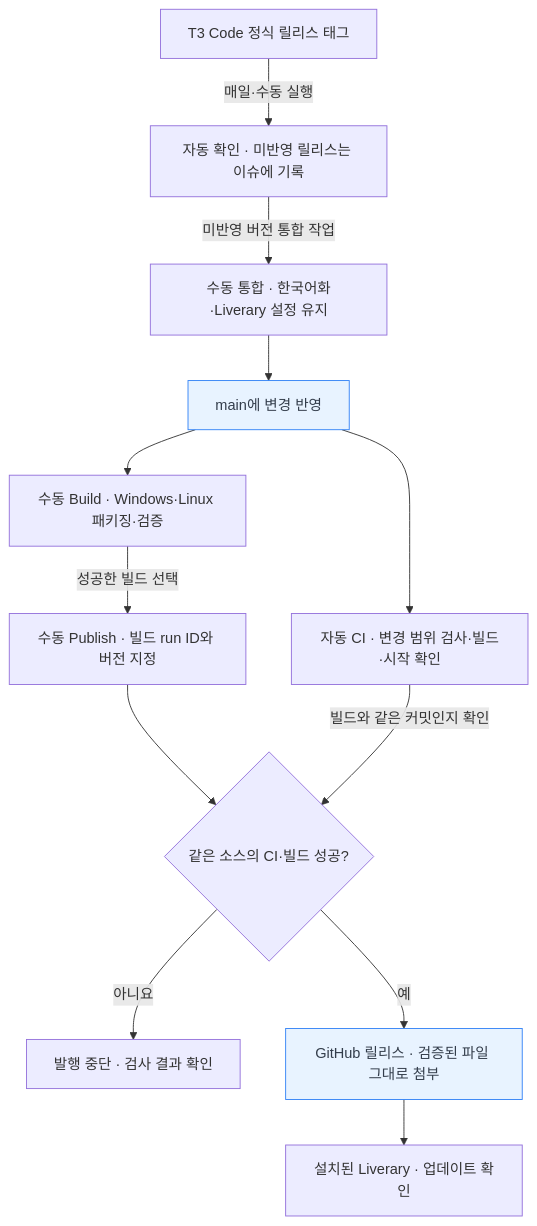
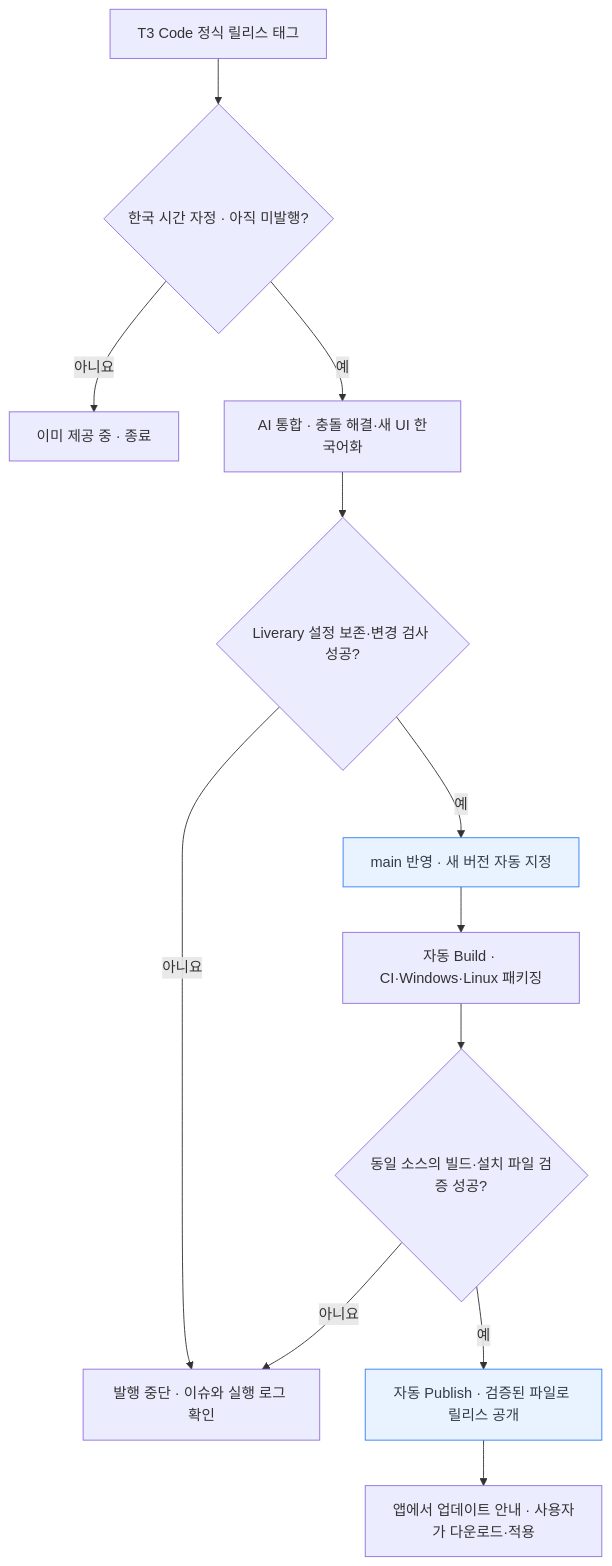
The third of 3 diagrams in README.md (andongmin94/Liverary), drawn with Mermaid before and after one commit. The commit also changed other lines of this file and 11 other files, not shown here.

Commit message:
feat: automate stable upstream updates and Liverary releases

````diff
--- a/README.md
+++ b/README.md
@@ -168,29 +168,29 @@
 ```mermaid
 flowchart TB
     upstreamRelease["T3 Code 정식 릴리스 태그"]
-    upstreamCheck["자동 확인 · 미반영 릴리스는 이슈에 기록"]
-    integrate["수동 통합 · 한국어화·Liverary 설정 유지"]
-    mainCommit["main에 변경 반영"]
-    ci["자동 CI · 변경 범위 검사·빌드·시작 확인"]
-    build["수동 Build · Windows·Linux 패키징·검증"]
-    publish["수동 Publish · 빌드 run ID와 버전 지정"]
-    gate{"같은 소스의 CI·빌드 성공?"}
-    blocked["발행 중단 · 검사 결과 확인"]
-    release["GitHub 릴리스 · 검증된 파일 그대로 첨부"]
-    installedApp["설치된 Liverary · 업데이트 확인"]
+    upstreamCheck{"한국 시간 자정 · 아직 미발행?"}
+    current["이미 제공 중 · 종료"]
+    integrate["AI 통합 · 충돌 해결·새 UI 한국어화"]
+    sourceGate{"Liverary 설정 보존·변경 검사 성공?"}
+    mainCommit["main 반영 · 새 버전 자동 지정"]
+    build["자동 Build · CI·Windows·Linux 패키징"]
+    gate{"동일 소스의 빌드·설치 파일 검증 성공?"}
+    blocked["발행 중단 · 이슈와 실행 로그 확인"]
+    release["자동 Publish · 검증된 파일로 릴리스 공개"]
+    installedApp["앱에서 업데이트 안내 · 사용자가 다운로드·적용"]
 
-    upstreamRelease -->|"매일·수동 실행"| upstreamCheck
-    upstreamCheck -->|"미반영 버전 통합 작업"| integrate
-    integrate --> mainCommit
-    mainCommit --> ci
+    upstreamRelease --> upstreamCheck
+    upstreamCheck -->|"아니요"| current
+    upstreamCheck -->|"예"| integrate
+    integrate --> sourceGate
+    sourceGate -->|"예"| mainCommit
+    sourceGate -->|"아니요"| blocked
     mainCommit --> build
-    build -->|"성공한 빌드 선택"| publish
-    publish --> gate
-    ci -->|"빌드와 같은 커밋인지 확인"| gate
+    build --> gate
     gate -->|"예"| release
     gate -->|"아니요"| blocked
     release --> installedApp
 
     classDef app fill:#e8f3ff,stroke:#3182f6,color:#333d4b
     class mainCommit,release app
 ```
````
